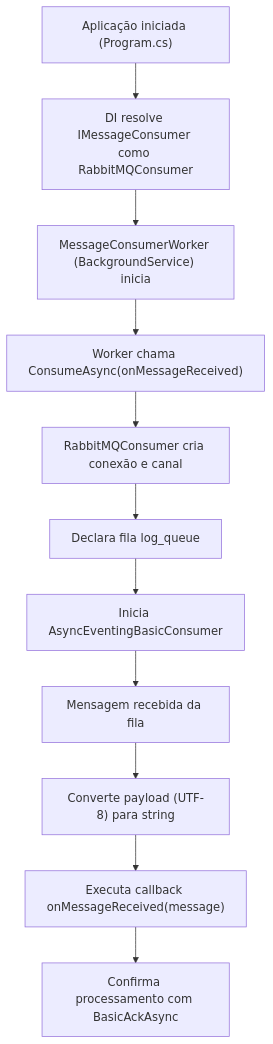
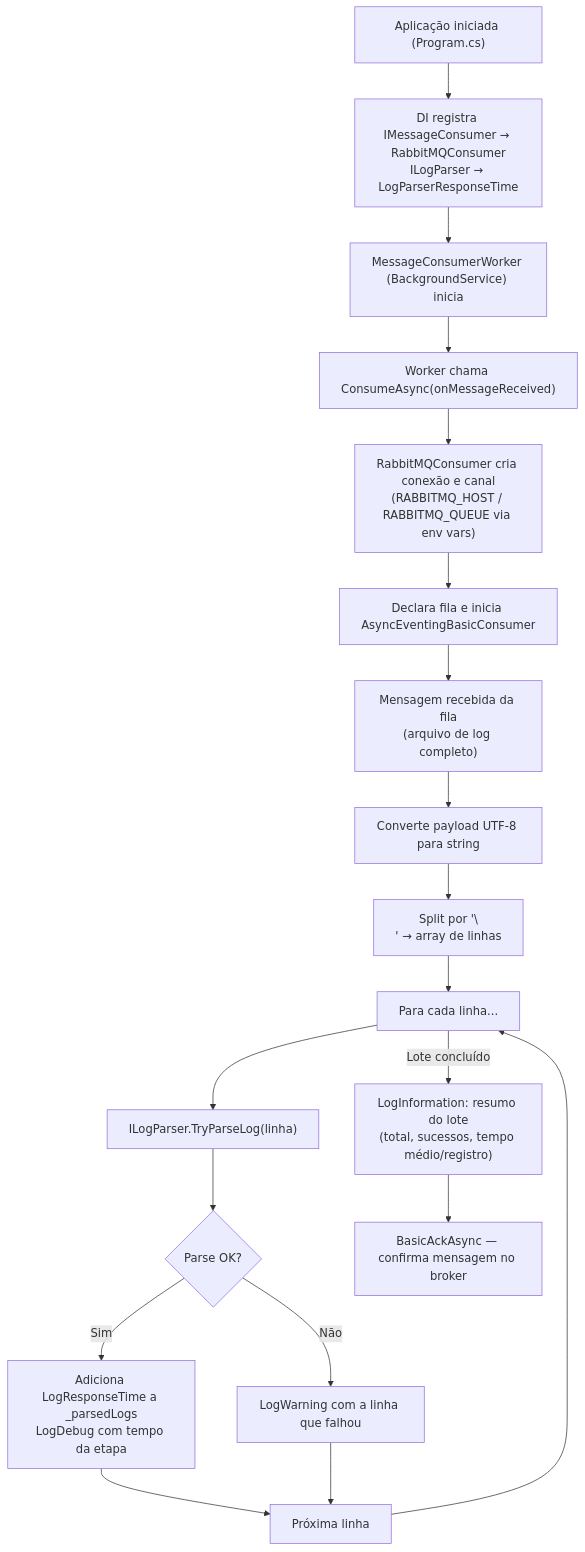
Before and after one commit to CaioMicael/LogAnalyzer: the diagram in docs/message_architecture.mermaid, drawn with Mermaid. The commit also changed 1 other file, not shown here.

```diff
--- a/docs/message_architecture.mermaid
+++ b/docs/message_architecture.mermaid
@@ -1,11 +1,19 @@
 flowchart TD
-    A["Aplicação iniciada (Program.cs)"] --> B["DI resolve IMessageConsumer como RabbitMQConsumer"]
+    A["Aplicação iniciada (Program.cs)"] --> B["DI registra IMessageConsumer → RabbitMQConsumer\nILogParser → LogParserResponseTime"]
     B --> C["MessageConsumerWorker (BackgroundService) inicia"]
     C --> D["Worker chama ConsumeAsync(onMessageReceived)"]
-    D --> E["RabbitMQConsumer cria conexão e canal"]
-    E --> F["Declara fila log_queue"]
-    F --> G["Inicia AsyncEventingBasicConsumer"]
-    G --> H["Mensagem recebida da fila"]
-    H --> I["Converte payload (UTF-8) para string"]
-    I --> J["Executa callback onMessageReceived(message)"]
-    J --> K["Confirma processamento com BasicAckAsync"]
+    D --> E["RabbitMQConsumer cria conexão e canal\n(RABBITMQ_HOST / RABBITMQ_QUEUE via env vars)"]
+    E --> F["Declara fila e inicia AsyncEventingBasicConsumer"]
+    F --> G["Mensagem recebida da fila\n(arquivo de log completo)"]
+    G --> H["Converte payload UTF-8 para string"]
+    H --> I["Split por '\\n' → array de linhas"]
+    I --> J["Para cada linha..."]
+    J --> K["ILogParser.TryParseLog(linha)"]
+    K --> L{"Parse OK?"}
+    L -- "Sim" --> M["Adiciona LogResponseTime a _parsedLogs\nLogDebug com tempo da etapa"]
+    L -- "Não" --> N["LogWarning com a linha que falhou"]
+    M --> O["Próxima linha"]
+    N --> O
+    O --> J
+    J -- "Lote concluído" --> P["LogInformation: resumo do lote\n(total, sucessos, tempo médio/registro)"]
+    P --> Q["BasicAckAsync — confirma mensagem no broker"]
```
